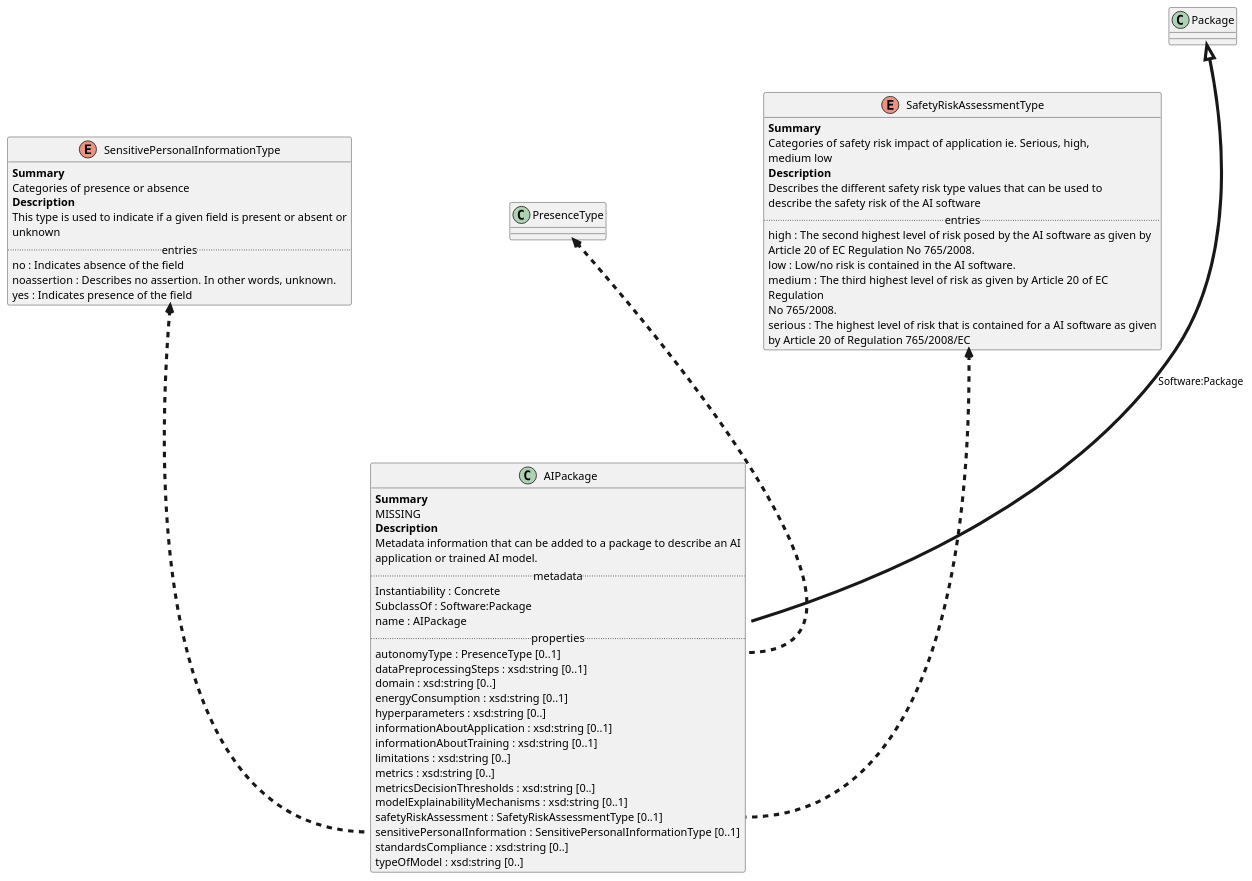
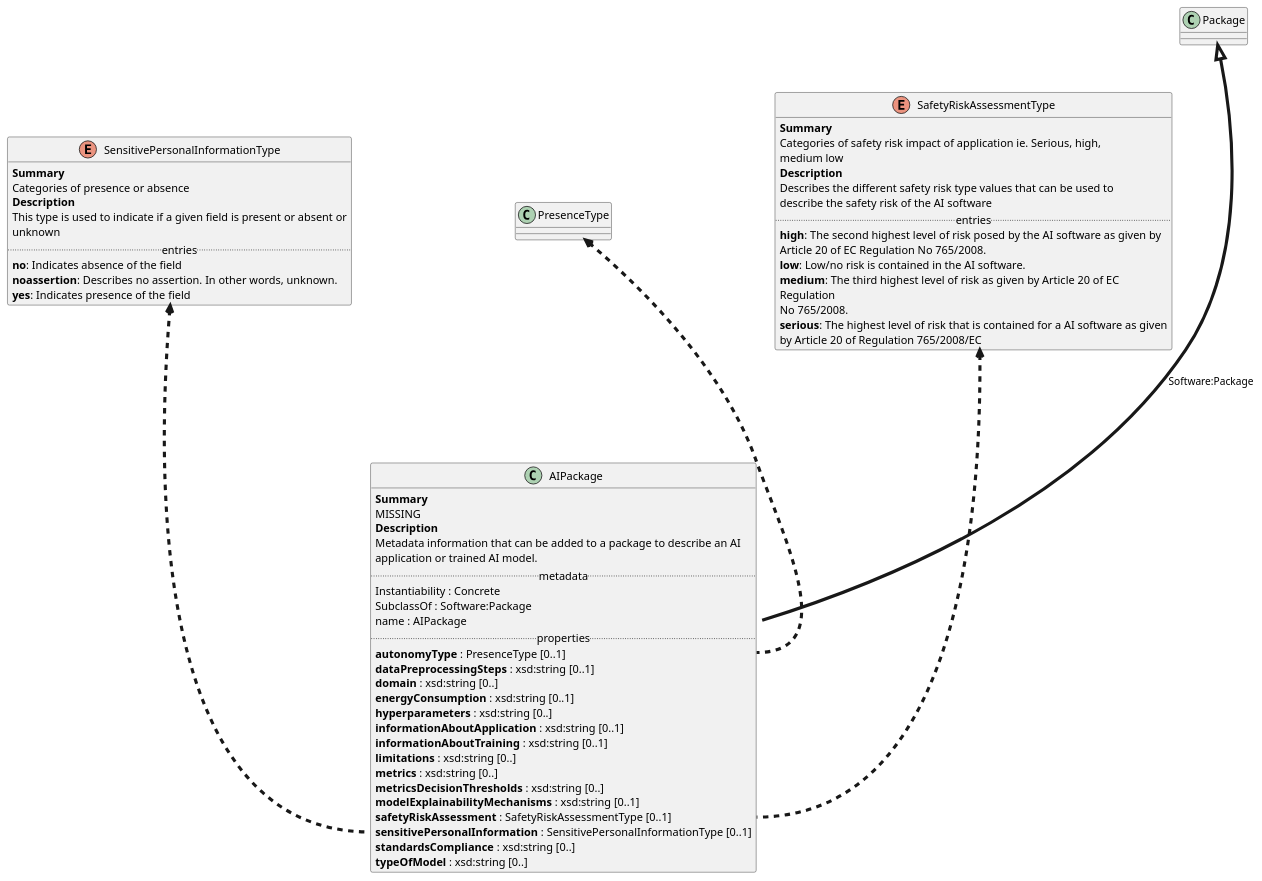
One commit to maxhbr/spec-parser.hs changed the diagram in AI.Profile.puml. Above: the diagram before and after it, drawn with PlantUML. The commit also changed 11 other files, not shown here.

```diff
--- a/AI.Profile.puml
+++ b/AI.Profile.puml
@@ -1,65 +1,67 @@
 @startuml
+skinparam packageStyle rectangle
+set separator none
 ' vocabulary
 enum SensitivePersonalInformationType {
 <b>Summary</b>
 Categories of presence or absence
 <b>Description</b>
 This type is used to indicate if a given field is present or absent or
 unknown
 .. entries ..
-    no : Indicates absence of the field
-    noassertion : Describes no assertion. In other words, unknown.
-    yes : Indicates presence of the field
+    <b>no</b>: Indicates absence of the field
+    <b>noassertion</b>: Describes no assertion. In other words, unknown.
+    <b>yes</b>: Indicates presence of the field
 }
 enum SafetyRiskAssessmentType {
 <b>Summary</b>
 Categories of safety risk impact of application ie. Serious, high,
 medium low
 <b>Description</b>
 Describes the different safety risk type values that can be used to
 describe the safety risk of the AI software
 .. entries ..
-    high : The second highest level of risk posed by the AI software as given by
+    <b>high</b>: The second highest level of risk posed by the AI software as given by
 Article 20 of EC Regulation No 765/2008.
-    low : Low/no risk is contained in the AI software.
-    medium : The third highest level of risk as given by Article 20 of EC
+    <b>low</b>: Low/no risk is contained in the AI software.
+    <b>medium</b>: The third highest level of risk as given by Article 20 of EC
 Regulation  
 No 765/2008.
-    serious : The highest level of risk that is contained for a AI software as given
+    <b>serious</b>: The highest level of risk that is contained for a AI software as given
 by Article 20 of Regulation 765/2008/EC
 }
 ' classes
 together {
 class AIPackage {
 <b>Summary</b>
 MISSING
 <b>Description</b>
 Metadata information that can be added to a package to describe an AI
 application or trained AI model.
 .. metadata ..
     Instantiability : Concrete
     SubclassOf : Software:Package
     name : AIPackage
 .. properties ..
-    autonomyType : PresenceType [0..1]
-    dataPreprocessingSteps : xsd:string [0..1]
-    domain : xsd:string [0..]
-    energyConsumption : xsd:string [0..1]
-    hyperparameters : xsd:string [0..]
-    informationAboutApplication : xsd:string [0..1]
-    informationAboutTraining : xsd:string [0..1]
-    limitations : xsd:string [0..]
-    metrics : xsd:string [0..]
-    metricsDecisionThresholds : xsd:string [0..]
-    modelExplainabilityMechanisms : xsd:string [0..1]
-    safetyRiskAssessment : SafetyRiskAssessmentType [0..1]
-    sensitivePersonalInformation : SensitivePersonalInformationType [0..1]
-    standardsCompliance : xsd:string [0..]
-    typeOfModel : xsd:string [0..]
+    <b>autonomyType </b>: PresenceType [0..1]
+    <b>dataPreprocessingSteps </b>: xsd:string [0..1]
+    <b>domain </b>: xsd:string [0..]
+    <b>energyConsumption </b>: xsd:string [0..1]
+    <b>hyperparameters </b>: xsd:string [0..]
+    <b>informationAboutApplication </b>: xsd:string [0..1]
+    <b>informationAboutTraining </b>: xsd:string [0..1]
+    <b>limitations </b>: xsd:string [0..]
+    <b>metrics </b>: xsd:string [0..]
+    <b>metricsDecisionThresholds </b>: xsd:string [0..]
+    <b>modelExplainabilityMechanisms </b>: xsd:string [0..1]
+    <b>safetyRiskAssessment </b>: SafetyRiskAssessmentType [0..1]
+    <b>sensitivePersonalInformation </b>: SensitivePersonalInformationType [0..1]
+    <b>standardsCompliance </b>: xsd:string [0..]
+    <b>typeOfModel </b>: xsd:string [0..]
 }
 "PresenceType" <-[dashed,thickness=4]-- "AIPackage::autonomyType"
 "SafetyRiskAssessmentType" <-[dashed,thickness=4]-- "AIPackage::safetyRiskAssessment"
 "SensitivePersonalInformationType" <-[dashed,thickness=4]-- "AIPackage::sensitivePersonalInformation"
 }
 "Package" <|-[thickness=4]--- "AIPackage" : Software:Package
 @enduml
```
